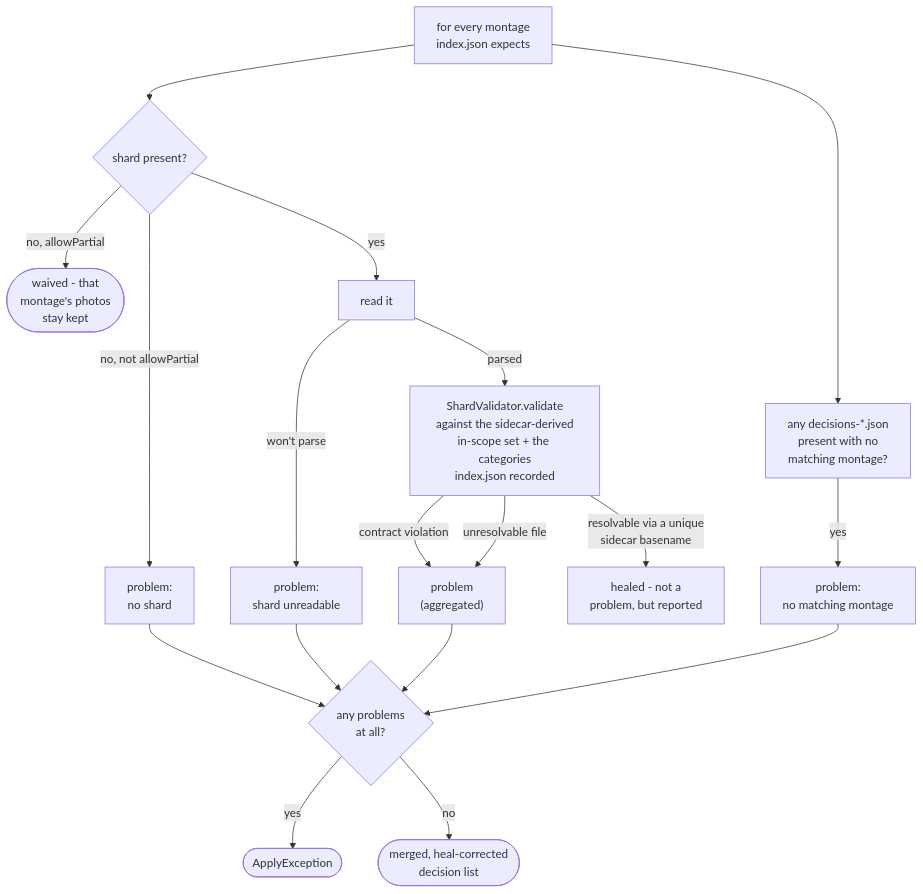
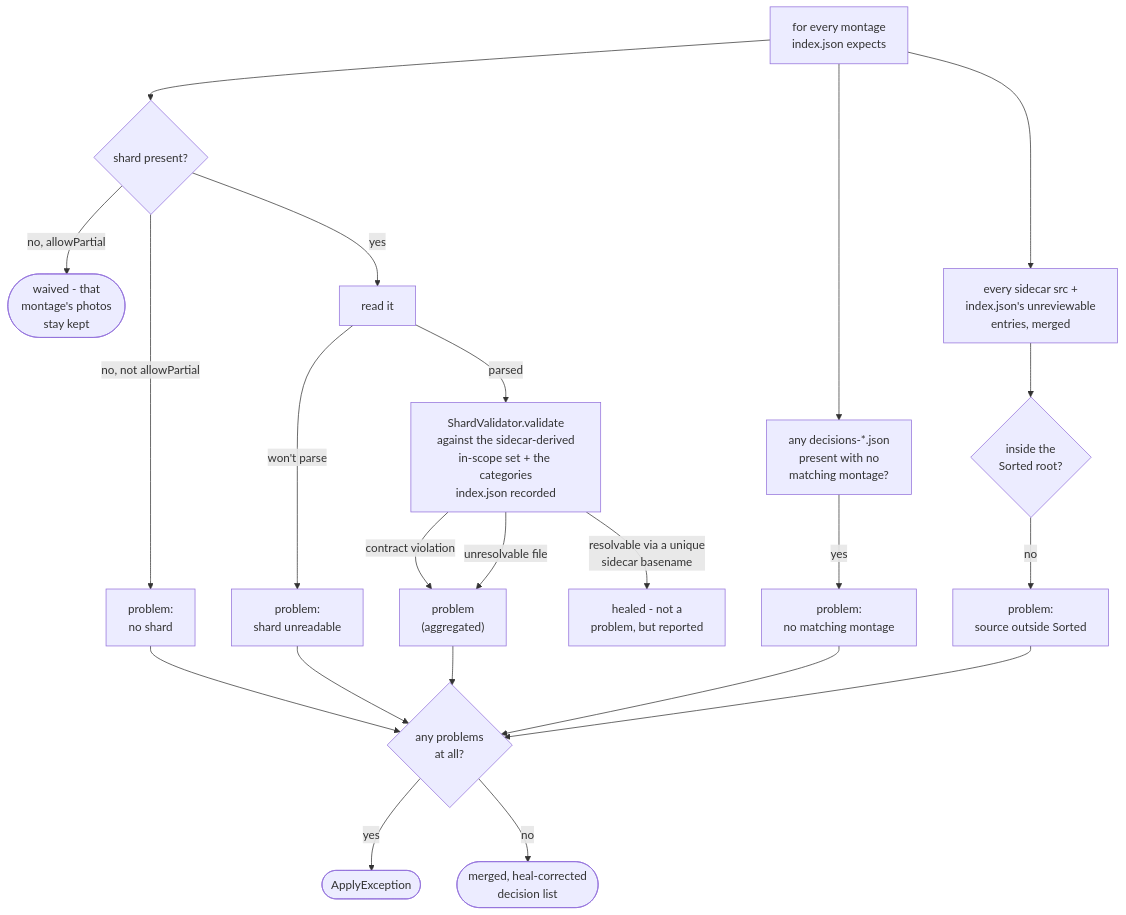
The first of 2 diagrams in app/docs/design/application/service/apply-planner.md (AdrianNachev91/sluice), drawn with Mermaid before and after one commit. The commit also changed other lines of this file and 16 other files, not shown here.

````diff
--- a/app/docs/design/application/service/apply-planner.md
+++ b/app/docs/design/application/service/apply-planner.md
@@ -21,20 +21,24 @@
 ```mermaid
 flowchart TD
     A["for every montage<br/>index.json expects"] --> B{"shard present?"}
     B -- no, allowPartial --> C(["waived - that<br/>montage's photos<br/>stay kept"])
     B -- no, not allowPartial --> D["problem:<br/>no shard"]
     B -- yes --> E["read it"]
     E -- won't parse --> N["problem:<br/>shard unreadable"]
     A --> F["any decisions-*.json<br/>present with no<br/>matching montage?"]
     F -- yes --> G["problem:<br/>no matching montage"]
+    A --> O["every sidecar src +<br/>index.json's unreviewable<br/>entries, merged"]
+    O --> P{"inside the<br/>Sorted root?"}
+    P -- no --> Q["problem:<br/>source outside Sorted"]
     E -- parsed --> H["ShardValidator.validate<br/>against the sidecar-derived<br/>in-scope set + the categories<br/>index.json recorded"]
     H -- contract violation --> I["problem<br/>(aggregated)"]
     H -- unresolvable file --> I
     H -- resolvable via a unique<br/>sidecar basename --> J["healed - not a<br/>problem, but reported"]
     D --> K{"any problems<br/>at all?"}
     G --> K
     I --> K
     N --> K
+    Q --> K
     K -- yes --> L(["ApplyException"])
     K -- no --> M(["merged, heal-corrected<br/>decision list"])
 ```
````
